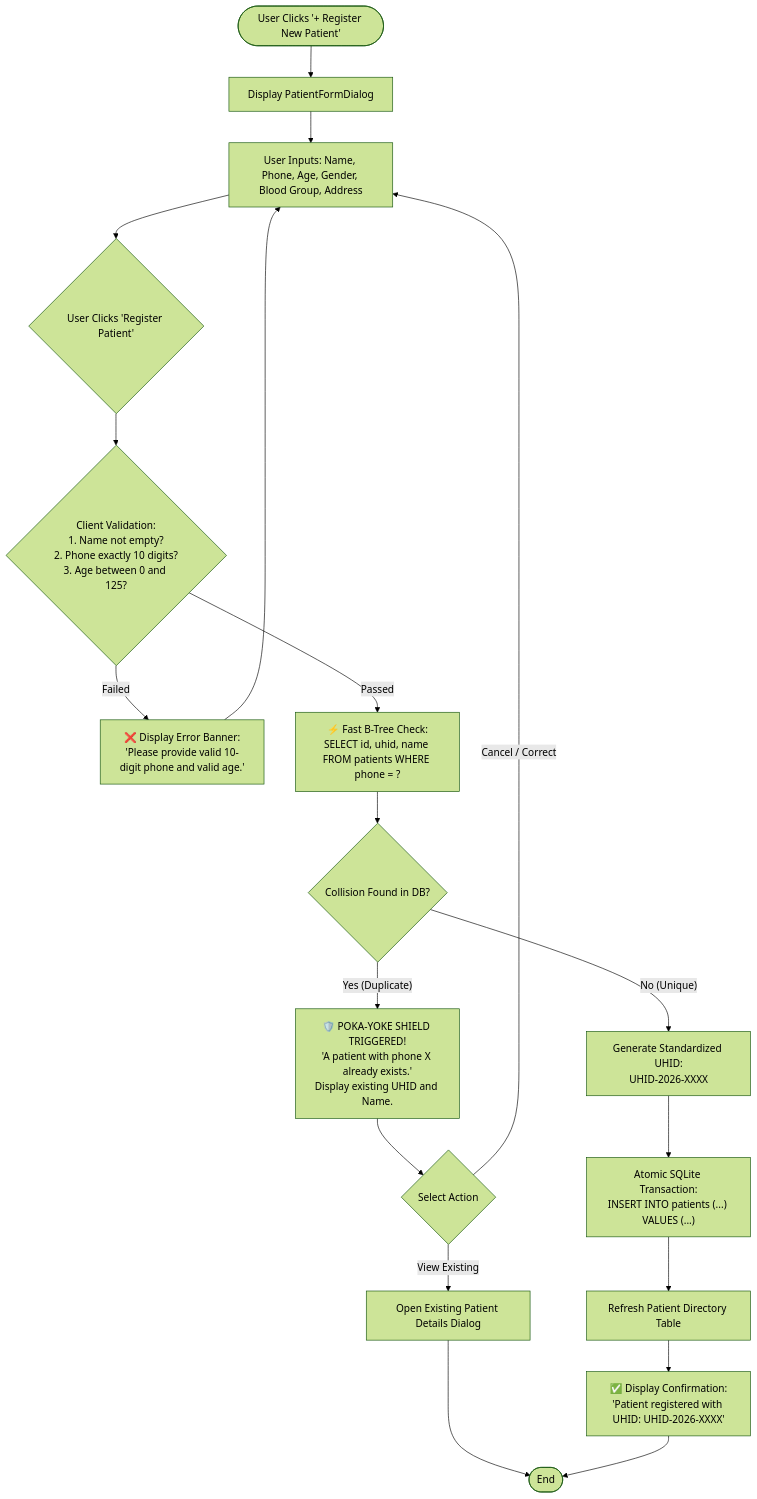
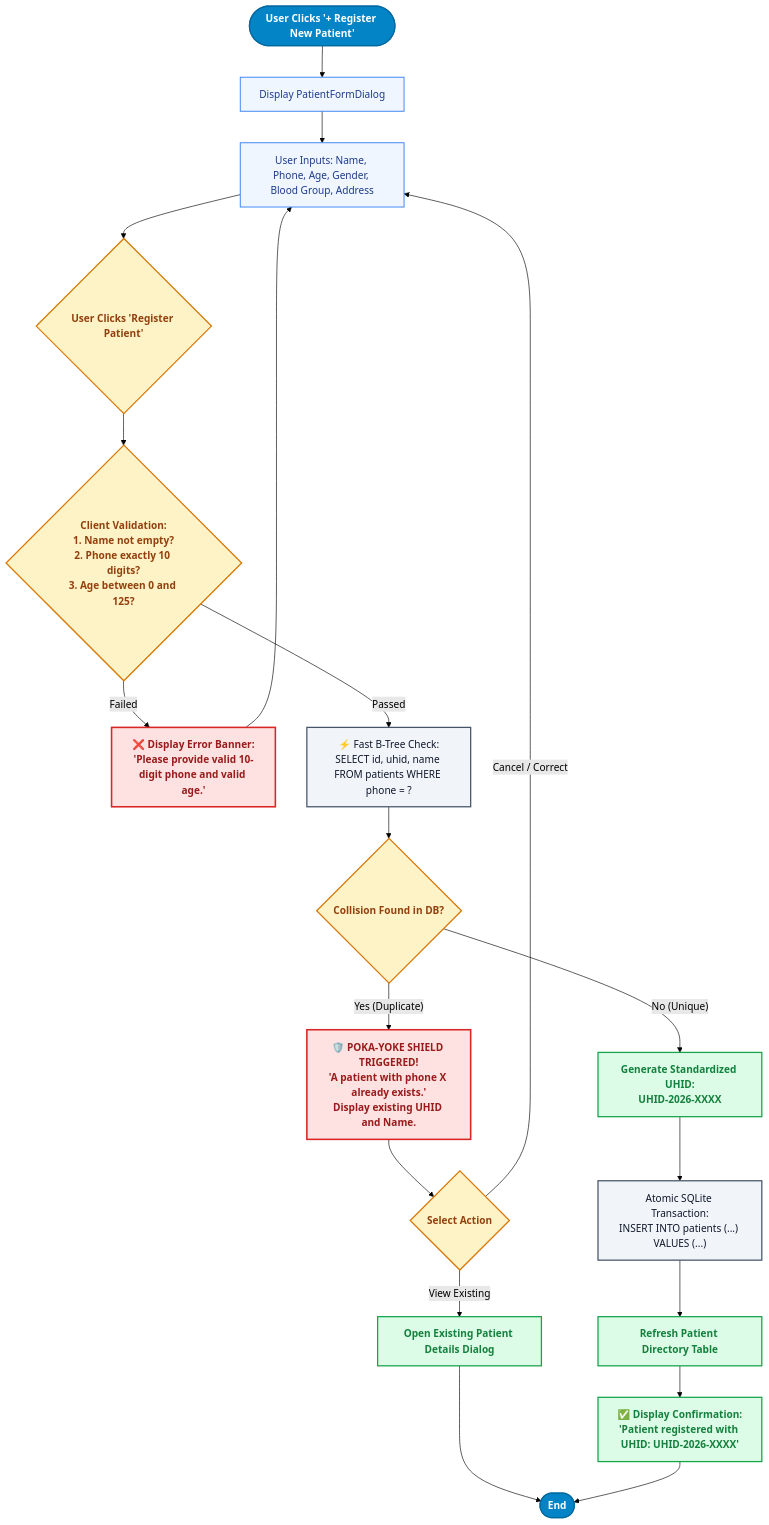
One commit to bbhupinder5321-lang/BBAT104_TQM_2410301011 changed the fourth of 8 diagrams in docs/Flowcharts_and_Workflows.md. Above: the diagram before and after it, drawn with Mermaid (forest theme). The commit also changed other lines of this file and 1 other file, not shown here.

Commit message:
style: enhance flowcharts with color-coded stages, defined classes, and visual subgraphs

````diff
--- a/docs/Flowcharts_and_Workflows.md
+++ b/docs/Flowcharts_and_Workflows.md
@@ -204,27 +250,34 @@
 ```mermaid
 flowchart TD
-    Start([User Clicks '+ Register New Patient']) --> OpenModal[Display PatientFormDialog]
-    OpenModal --> FillForm[User Inputs: Name, Phone, Age, Gender, Blood Group, Address]
+    classDef startPill fill:#0284C7,stroke:#0369A1,stroke-width:2px,color:#FFFFFF,font-weight:bold;
+    classDef decision fill:#FEF3C7,stroke:#D97706,stroke-width:2px,color:#92400E,font-weight:bold;
+    classDef redAlert fill:#FEE2E2,stroke:#DC2626,stroke-width:2.5px,color:#991B1B,font-weight:bold;
+    classDef greenSuccess fill:#DCFCE7,stroke:#16A34A,stroke-width:2px,color:#15803D,font-weight:bold;
+    classDef blueStep fill:#EFF6FF,stroke:#3B82F6,stroke-width:1.5px,color:#1E3A8A;
+    classDef dbStep fill:#F1F5F9,stroke:#475569,stroke-width:2px,color:#0F172A;
+
+    Start([User Clicks '+ Register New Patient']):::startPill --> OpenModal[Display PatientFormDialog]:::blueStep
+    OpenModal --> FillForm[User Inputs: Name, Phone, Age, Gender, Blood Group, Address]:::blueStep
     
-    FillForm --> ClickSave{User Clicks 'Register Patient'}
+    FillForm --> ClickSave{User Clicks 'Register Patient'}:::decision
     
-    ClickSave --> V_Client{Client Validation:<br/>1. Name not empty?<br/>2. Phone exactly 10 digits?<br/>3. Age between 0 and 125?}
+    ClickSave --> V_Client{Client Validation:<br/>1. Name not empty?<br/>2. Phone exactly 10 digits?<br/>3. Age between 0 and 125?}:::decision
     
-    V_Client -- "Failed" --> ShowClientErr["❌ Display Error Banner:<br/>'Please provide valid 10-digit phone and valid age.'"]
+    V_Client -- "Failed" --> ShowClientErr["❌ Display Error Banner:<br/>'Please provide valid 10-digit phone and valid age.'"]:::redAlert
     ShowClientErr --> FillForm
     
-    V_Client -- "Passed" --> QueryDB["⚡ Fast B-Tree Check:<br/>SELECT id, uhid, name FROM patients WHERE phone = ?"]
+    V_Client -- "Passed" --> QueryDB["⚡ Fast B-Tree Check:<br/>SELECT id, uhid, name FROM patients WHERE phone = ?"]:::dbStep
     
-    QueryDB --> CollisionFound{Collision Found in DB?}
+    QueryDB --> CollisionFound{Collision Found in DB?}:::decision
     
-    CollisionFound -- "Yes (Duplicate)" --> PokaAlert["🛡️ POKA-YOKE SHIELD TRIGGERED!<br/>'A patient with phone X already exists.'<br/>Display existing UHID and Name."]
-    PokaAlert --> ActionChoice{Select Action}
+    CollisionFound -- "Yes (Duplicate)" --> PokaAlert["🛡️ POKA-YOKE SHIELD TRIGGERED!<br/>'A patient with phone X already exists.'<br/>Display existing UHID and Name."]:::redAlert
+    PokaAlert --> ActionChoice{Select Action}:::decision
     ActionChoice -- "Cancel / Correct" --> FillForm
-    ActionChoice -- "View Existing" --> CloseAndOpen[Open Existing Patient Details Dialog] --> Conclude([End])
+    ActionChoice -- "View Existing" --> CloseAndOpen[Open Existing Patient Details Dialog]:::greenSuccess --> Conclude([End]):::startPill
     
-    CollisionFound -- "No (Unique)" --> GenUHID["Generate Standardized UHID:<br/>UHID-2026-XXXX"]
-    GenUHID --> AtomicInsert["Atomic SQLite Transaction:<br/>INSERT INTO patients (...) VALUES (...)"]
-    AtomicInsert --> UpdateTable[Refresh Patient Directory Table]
-    UpdateTable --> SuccessAlert["✅ Display Confirmation:<br/>'Patient registered with UHID: UHID-2026-XXXX'"]
+    CollisionFound -- "No (Unique)" --> GenUHID["Generate Standardized UHID:<br/>UHID-2026-XXXX"]:::greenSuccess
+    GenUHID --> AtomicInsert["Atomic SQLite Transaction:<br/>INSERT INTO patients (...) VALUES (...)"]:::dbStep
+    AtomicInsert --> UpdateTable[Refresh Patient Directory Table]:::greenSuccess
+    UpdateTable --> SuccessAlert["✅ Display Confirmation:<br/>'Patient registered with UHID: UHID-2026-XXXX'"]:::greenSuccess
     SuccessAlert --> Conclude
 ```
````
